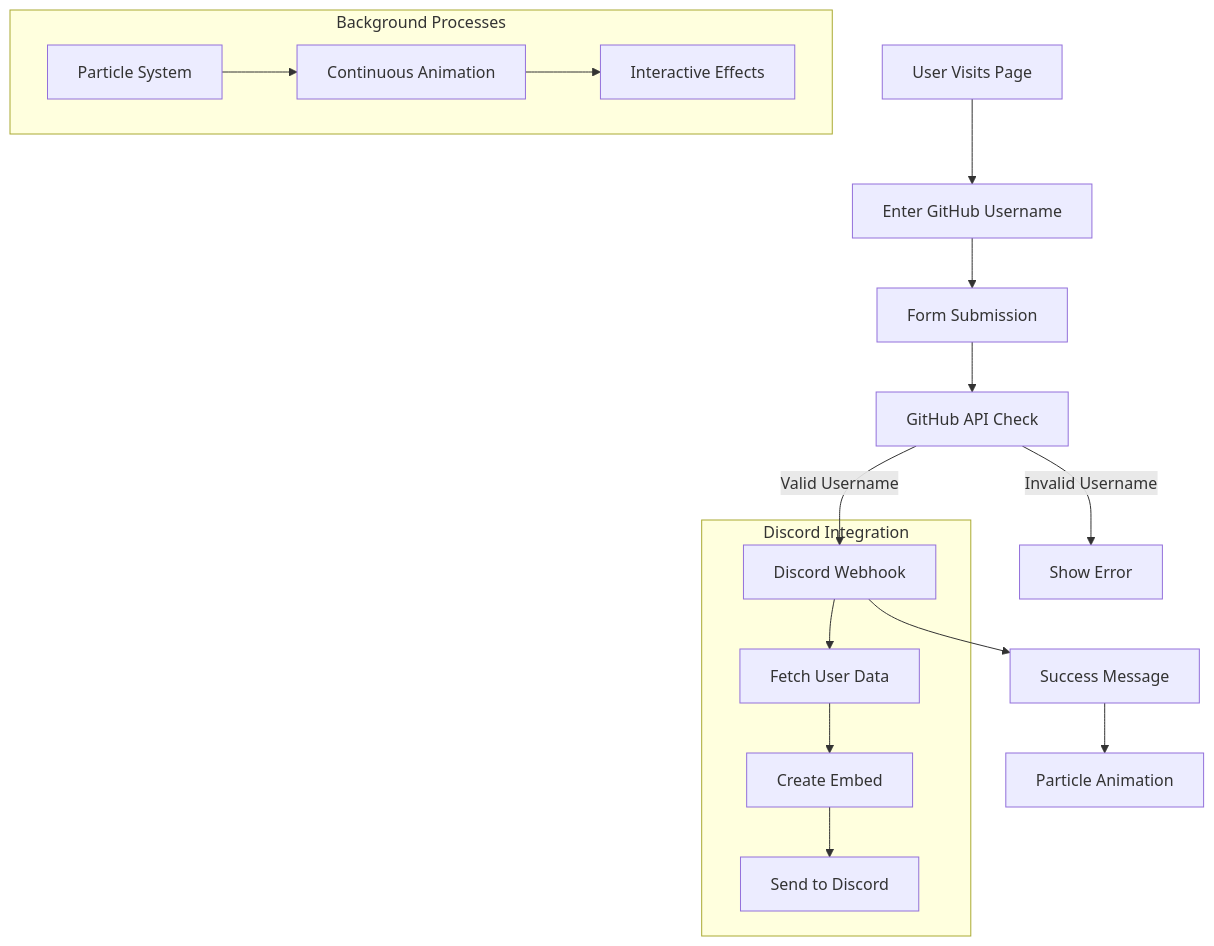
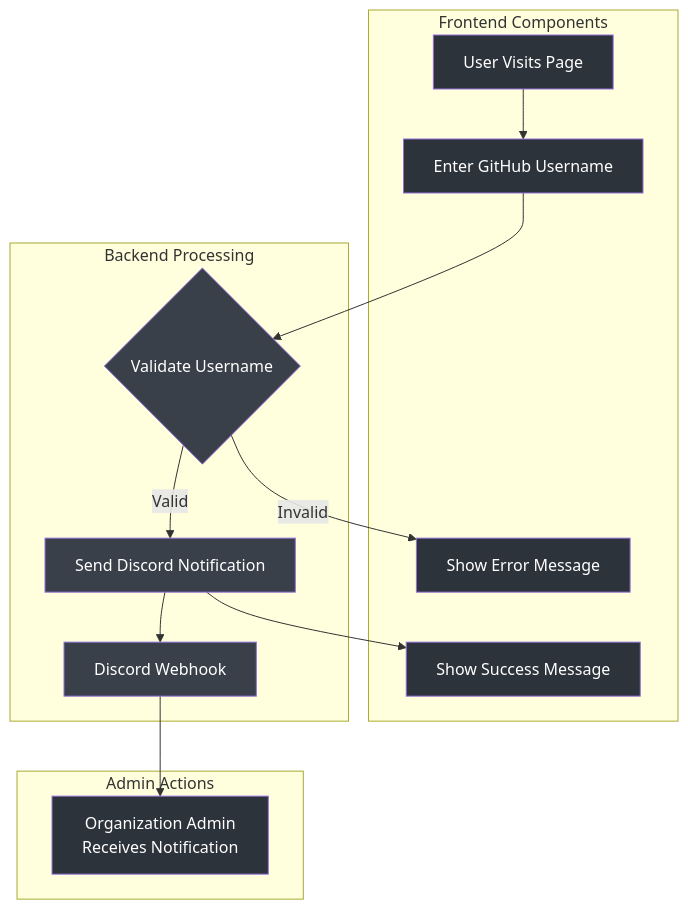
The diagram in README.md (RedFox-Studios/redfox-studios.github.io), drawn with Mermaid before and after one commit. The commit also changed other lines of this file and 9 other files, not shown here.

````diff
--- a/README.md
+++ b/README.md
@@ -19,21 +18,36 @@
 ```mermaid
 graph TD
     A["User Visits Page"] --> B["Enter GitHub Username"]
-    B --> C["Form Submission"]
-    C --> D["GitHub API Check"]
-    D -->|"Valid Username"| E["Discord Webhook"]
-    D -->|"Invalid Username"| F["Show Error"]
-    E --> G["Success Message"]
-    G --> H["Particle Animation"]
-    
-    subgraph "Background Processes"
-        I["Particle System"] --> J["Continuous Animation"]
-        J --> K["Interactive Effects"]
+    B --> C{"Validate Username"}
+    C -->|"Valid"| D["Send Discord Notification"]
+    C -->|"Invalid"| E["Show Error Message"]
+    D --> F["Show Success Message"]
+    D --> G["Discord Webhook"]
+    G --> H["Organization Admin\nReceives Notification"]
+
+    subgraph "Frontend Components"
+        A
+        B
+        E
+        F
     end
 
-    subgraph "Discord Integration"
-        E --> L["Fetch User Data"]
-        L --> M["Create Embed"]
-        M --> N["Send to Discord"]
+    subgraph "Backend Processing"
+        C
+        D
+        G
     end
+
+    subgraph "Admin Actions"
+        H
+    end
+
+    style A fill:#2d333b,color:#fff
+    style B fill:#2d333b,color:#fff
+    style C fill:#3a404a,color:#fff
+    style D fill:#3a404a,color:#fff
+    style E fill:#2d333b,color:#fff
+    style F fill:#2d333b,color:#fff
+    style G fill:#3a404a,color:#fff
+    style H fill:#2d333b,color:#fff
 ```
````
